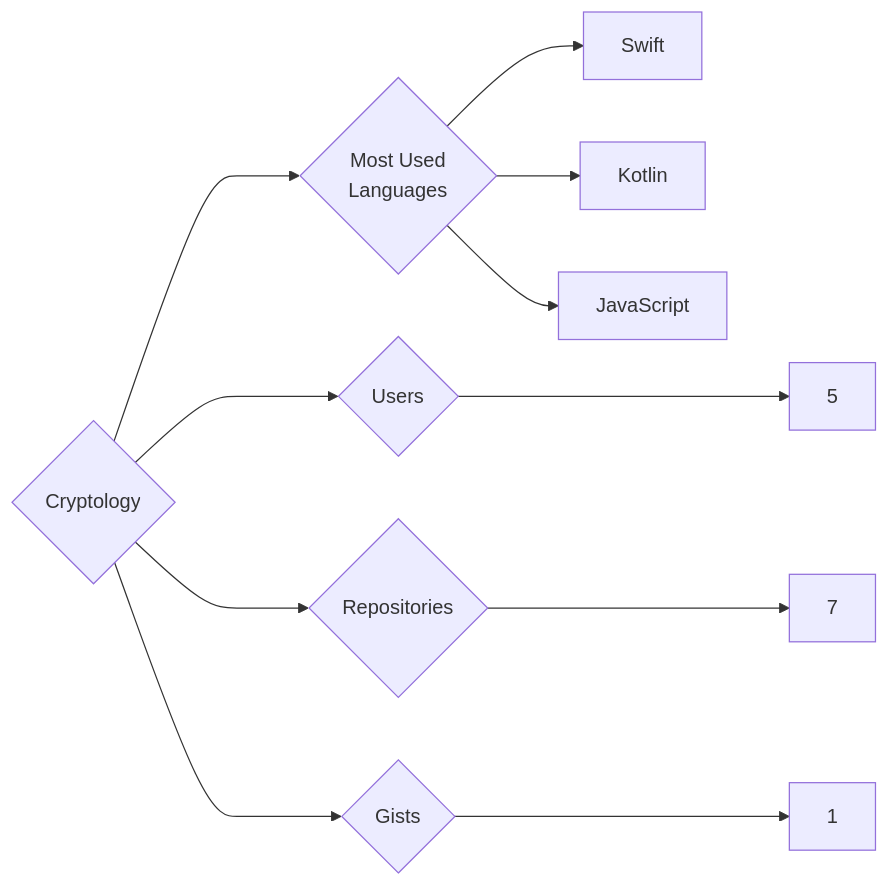
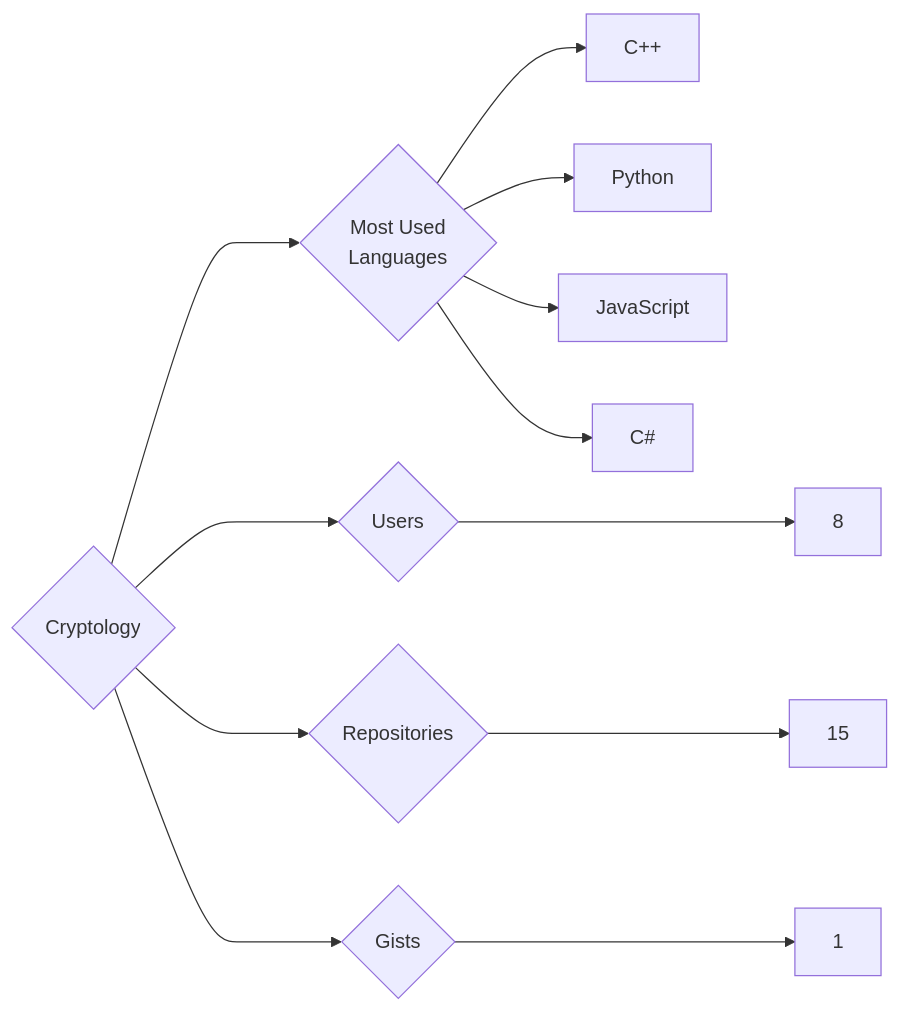
Before and after one commit to trickest/insiders: the diagram in targets/Cryptology/README.md, drawn with Mermaid. The commit also changed 1089 other files, not shown here.

````diff
--- a/targets/Cryptology/README.md
+++ b/targets/Cryptology/README.md
@@ -3,11 +3,12 @@
 ```mermaid
 graph LR
 COMPANY_NAME{Cryptology}
-COMPANY_NAME ---> U{Users} ---> UN[5]
-COMPANY_NAME ---> R{Repositories} ---> RN[7]
+COMPANY_NAME ---> U{Users} ---> UN[8]
+COMPANY_NAME ---> R{Repositories} ---> RN[15]
 COMPANY_NAME ---> G{Gists} ---> GN[1]
 COMPANY_NAME ---> ML{Most Used<br>Languages}
-ML --> Swift[Swift]
-ML --> Kotlin[Kotlin]
+ML --> C++[C++]
+ML --> Python[Python]
 ML --> JavaScript[JavaScript]
+ML --> C#[C#]
 ```
````
